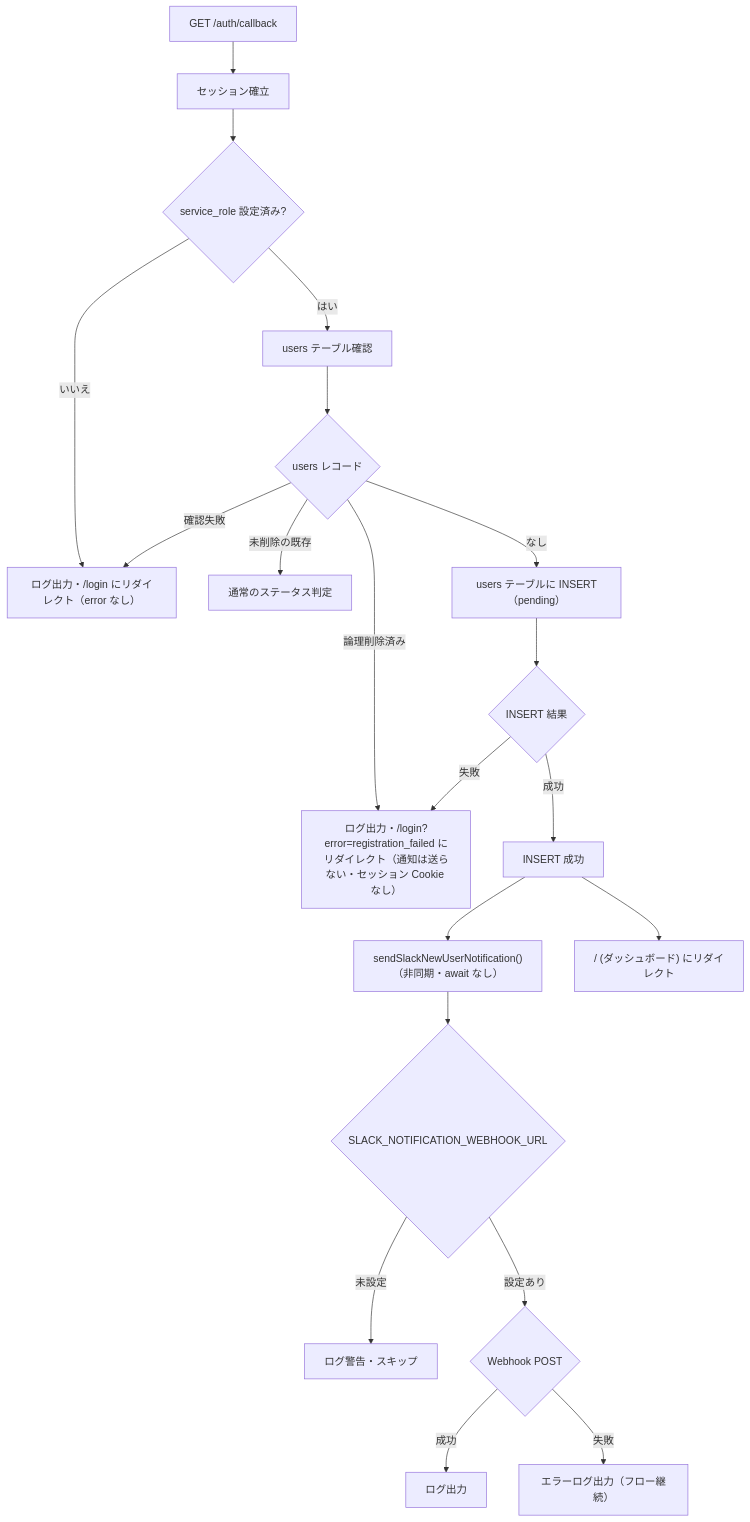
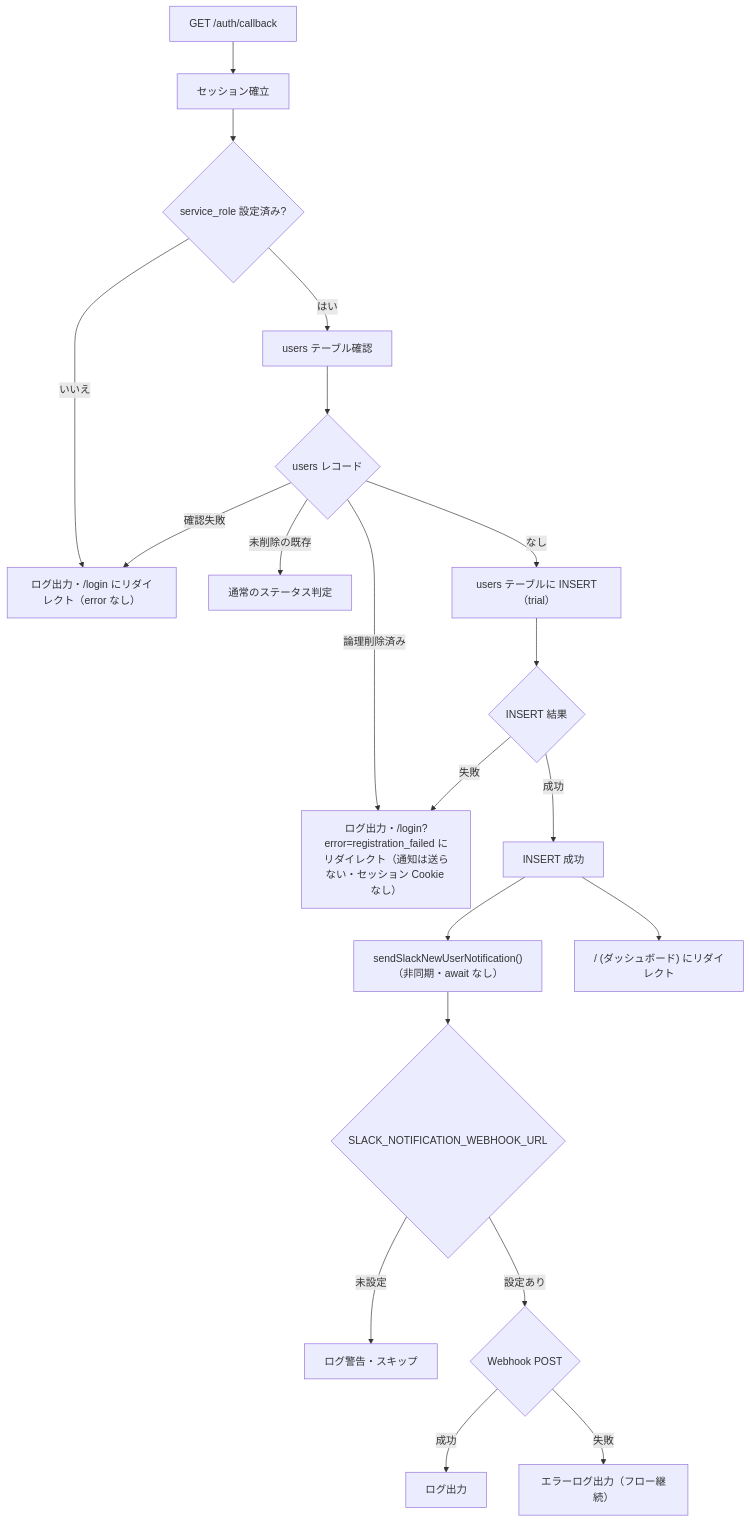
The sixth of 7 diagrams in docs/specification.md (Singuralitylabs/sinlab-study), drawn with Mermaid before and after one commit. The commit also changed other lines of this file and 27 other files, not shown here.

First line of the commit message:
users.statusの'pending'を'trial'にリネームし命名を一本化する (#192)

````diff
--- a/docs/specification.md
+++ b/docs/specification.md
@@ -963,22 +961,22 @@
 ```mermaid
 flowchart TD
     A["GET /auth/callback"] --> B["セッション確立"]
     B --> K{service_role 設定済み?}
     K -->|いいえ| L["ログ出力・/login にリダイレクト（error なし）"]
     K -->|はい| B2["users テーブル確認"]
     B2 --> C{users レコード}
     C -->|確認失敗| L
     C -->|未削除の既存| Z[通常のステータス判定]
     C -->|論理削除済み| Q["ログ出力・/login?error=registration_failed にリダイレクト（通知は送らない・セッション Cookie なし）"]
-    C -->|なし| D["users テーブルに INSERT（pending）"]
+    C -->|なし| D["users テーブルに INSERT（trial）"]
     D --> E{INSERT 結果}
     E -->|成功| S[INSERT 成功]
     S --> F["sendSlackNewUserNotification()<br/>（非同期・await なし）"]
     S --> P["/ (ダッシュボード) にリダイレクト"]
     F --> G1{SLACK_NOTIFICATION_WEBHOOK_URL}
     G1 -->|未設定| H1[ログ警告・スキップ]
     G1 -->|設定あり| H2{Webhook POST}
     H2 -->|成功| I1[ログ出力]
     H2 -->|失敗| I2["エラーログ出力（フロー継続）"]
     E -->|失敗| Q
 ```
````
